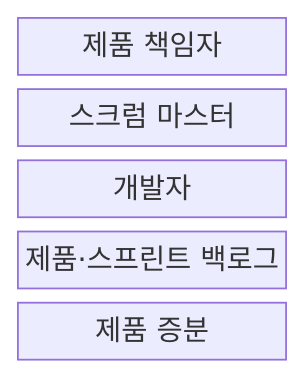
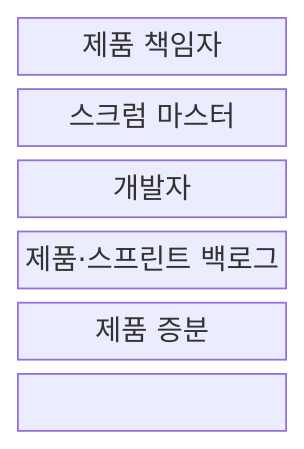
One commit to agnusdei1207/knowledge-base changed the first of 2 diagrams in src/content/docs/notes/03-software/032_agile_scrum.md. Above: the diagram before and after it, drawn with Mermaid. The commit also changed other lines of this file and 238 other files, not shown here.

````diff
--- a/src/content/docs/notes/03-software/032_agile_scrum.md
+++ b/src/content/docs/notes/03-software/032_agile_scrum.md
@@ -63,9 +63,11 @@
 ```mermaid
-block
+block-beta
   columns 1
   O["제품 책임자"]
   M["스크럼 마스터"]
   D["개발자"]
   B["제품·스프린트 백로그"]
   I["제품 증분"]
+  O --- B --- D
+  M --- D --- I
 ```
````
